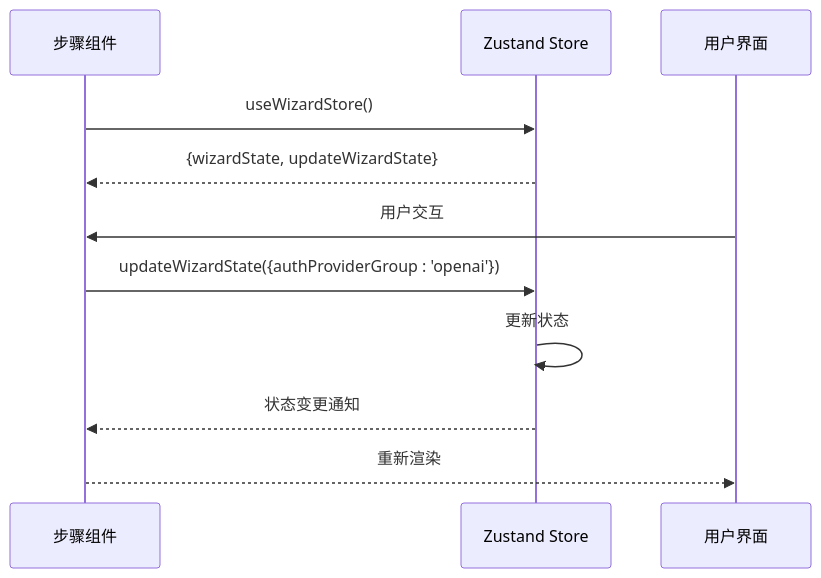
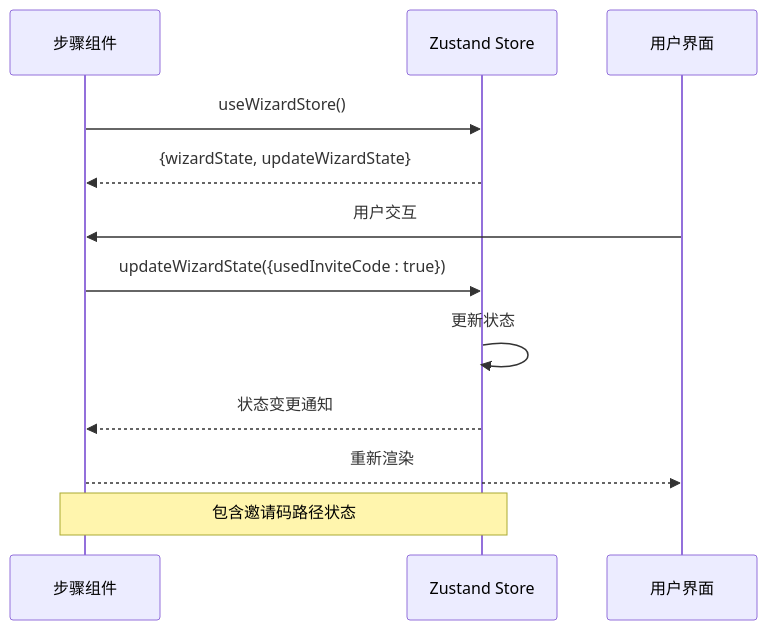
One commit to verse-ai-org/openclaw changed the seventh of 11 diagrams in .qoder/repowiki/zh/content/设置向导状态管理.md. Above: the diagram before and after it, drawn with Mermaid. The commit also changed other lines of this file and 31 other files, not shown here.

````diff
--- a/.qoder/repowiki/zh/content/设置向导状态管理.md
+++ b/.qoder/repowiki/zh/content/设置向导状态管理.md
@@ -275,13 +297,14 @@
 ```mermaid
 sequenceDiagram
 participant Step as 步骤组件
 participant Store as Zustand Store
 participant UI as 用户界面
 Step->>Store : useWizardStore()
 Store-->>Step : {wizardState, updateWizardState}
 UI->>Step : 用户交互
-Step->>Store : updateWizardState({authProviderGroup : 'openai'})
+Step->>Store : updateWizardState({usedInviteCode : true})
 Store->>Store : 更新状态
 Store-->>Step : 状态变更通知
 Step-->>UI : 重新渲染
+Note over Step,Store : 包含邀请码路径状态
 ```
````
